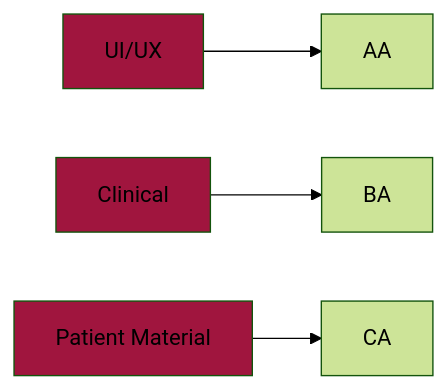
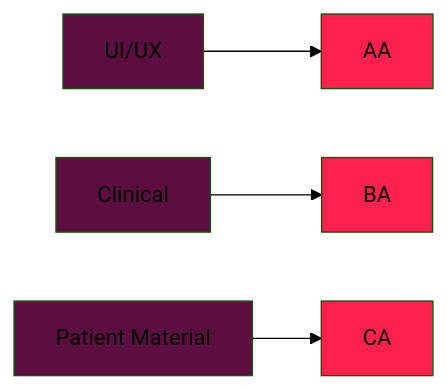
Before and after one commit to mtkimmins/pediatric-antibiotic-calculator: the diagram in README.md, drawn with Mermaid (forest theme).

````diff
--- a/README.md
+++ b/README.md
@@ -6,16 +6,16 @@
 ```mermaid
 graph LR
 A[UI/UX]-->AA
 B[Clinical]-->BA
 C[Patient Material]-->CA
 
 %% STYLES
-classDef done fill:#5D0E41
-classDef prog fill:#A0153E
+classDef done fill:#00224D
+classDef prog fill:#5D0E41
 classDef lock fill:#FF204E
 
 %% CLASSES
 class AZ done;
 class A,B,C prog;
-class AZ lock;
+class AA,BA,CA lock;
 ```
````
